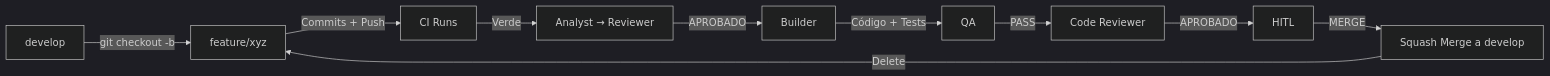
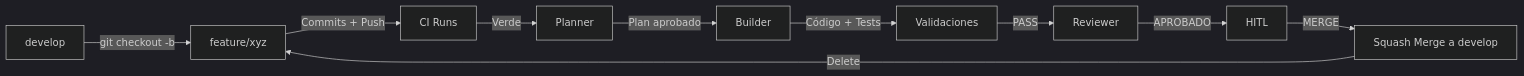
One commit to jlbellonGmail/gi-ot changed the diagram in .agentic/workflows/git.md. Above: the diagram before and after it, drawn with Mermaid (dark theme). The commit also changed other lines of this file and 83 other files, not shown here.

````diff
--- a/.agentic/workflows/git.md
+++ b/.agentic/workflows/git.md
@@ -36,12 +41,12 @@
 ```mermaid
 graph LR
     A[develop] -->|git checkout -b| B[feature/xyz]
     B -->|Commits + Push| C[CI Runs]
-    C -->|Verde| D[Analyst → Reviewer]
-    D -->|APROBADO| E[Builder]
-    E -->|Código + Tests| F[QA]
-    F -->|PASS| G[Code Reviewer]
+    C -->|Verde| D[Planner]
+    D -->|Plan aprobado| E[Builder]
+    E -->|Código + Tests| F[Validaciones]
+    F -->|PASS| G[Reviewer]
     G -->|APROBADO| H[HITL]
     H -->|MERGE| I[Squash Merge a develop]
     I -->|Delete| B
 ```
````
